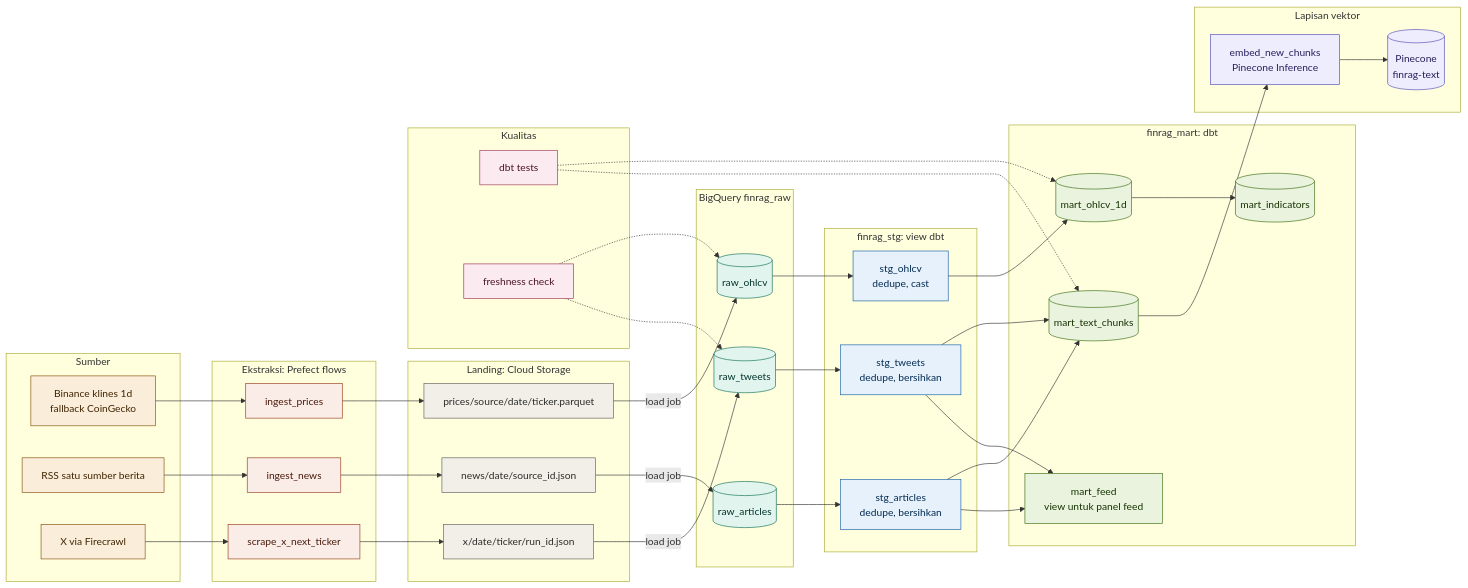
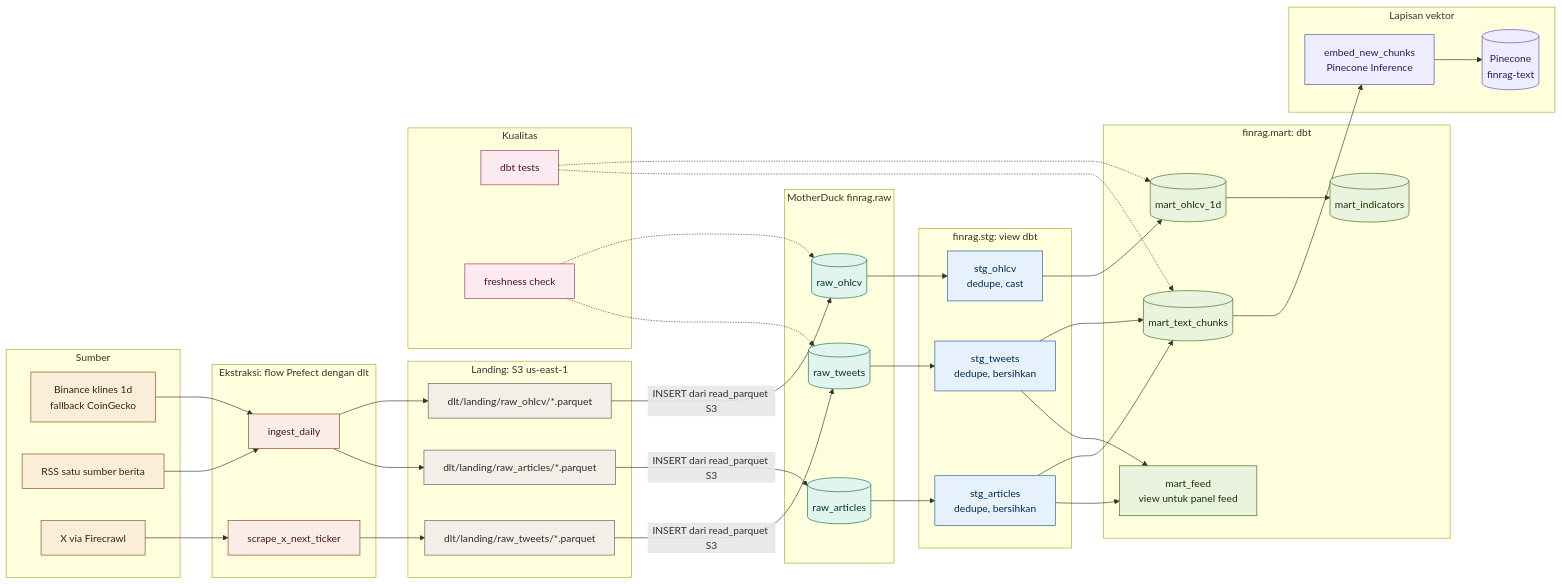
One commit to Erwdev/FinRAG changed the second of 6 diagrams in Architecture.md. Above: the diagram before and after it, drawn with Mermaid. The commit also changed other lines of this file and 17 other files, not shown here.

Commit message:
dev:new-architecture

```diff
--- a/Architecture.md
+++ b/Architecture.md
@@ -329,31 +383,30 @@
     A3["X via Firecrawl"]
   end
 
-  subgraph EXT["Ekstraksi: Prefect flows"]
-    E1["ingest_prices"]
-    E2["ingest_news"]
+  subgraph EXT["Ekstraksi: flow Prefect dengan dlt"]
+    E1["ingest_daily"]
     E3["scrape_x_next_ticker"]
   end
 
-  subgraph LAND["Landing: Cloud Storage"]
-    L1["prices/source/date/ticker.parquet"]
-    L2["news/date/source_id.json"]
-    L3["x/date/ticker/run_id.json"]
+  subgraph LAND["Landing: S3 us-east-1"]
+    L1["dlt/landing/raw_ohlcv/*.parquet"]
+    L2["dlt/landing/raw_articles/*.parquet"]
+    L3["dlt/landing/raw_tweets/*.parquet"]
   end
 
-  subgraph RAWD["BigQuery finrag_raw"]
+  subgraph RAWD["MotherDuck finrag.raw"]
     R1[("raw_ohlcv")]
     R2[("raw_articles")]
     R3[("raw_tweets")]
   end
 
-  subgraph STGD["finrag_stg: view dbt"]
+  subgraph STGD["finrag.stg: view dbt"]
     T1["stg_ohlcv<br/>dedupe, cast"]
     T2["stg_articles<br/>dedupe, bersihkan"]
     T3["stg_tweets<br/>dedupe, bersihkan"]
   end
 
-  subgraph MARTD["finrag_mart: dbt"]
+  subgraph MARTD["finrag.mart: dbt"]
     M1[("mart_ohlcv_1d")]
     M2[("mart_indicators")]
     M3[("mart_text_chunks")]
@@ -371,14 +424,14 @@
   end
 
   A1 --> E1
-  A2 --> E2
+  A2 --> E1
   A3 --> E3
   E1 --> L1
-  E2 --> L2
+  E1 --> L2
   E3 --> L3
-  L1 -->|"load job"| R1
-  L2 -->|"load job"| R2
-  L3 -->|"load job"| R3
+  L1 -->|"INSERT dari read_parquet S3"| R1
+  L2 -->|"INSERT dari read_parquet S3"| R2
+  L3 -->|"INSERT dari read_parquet S3"| R3
   R1 --> T1
   R2 --> T2
   R3 --> T3
@@ -405,7 +458,7 @@
   classDef qual fill:#FBEAF0,stroke:#993556,color:#4B1528
 
   class A1,A2,A3 src
-  class E1,E2,E3 orch
+  class E1,E3 orch
   class L1,L2,L3 land
   class R1,R2,R3 raw
   class T1,T2,T3 stg
```
